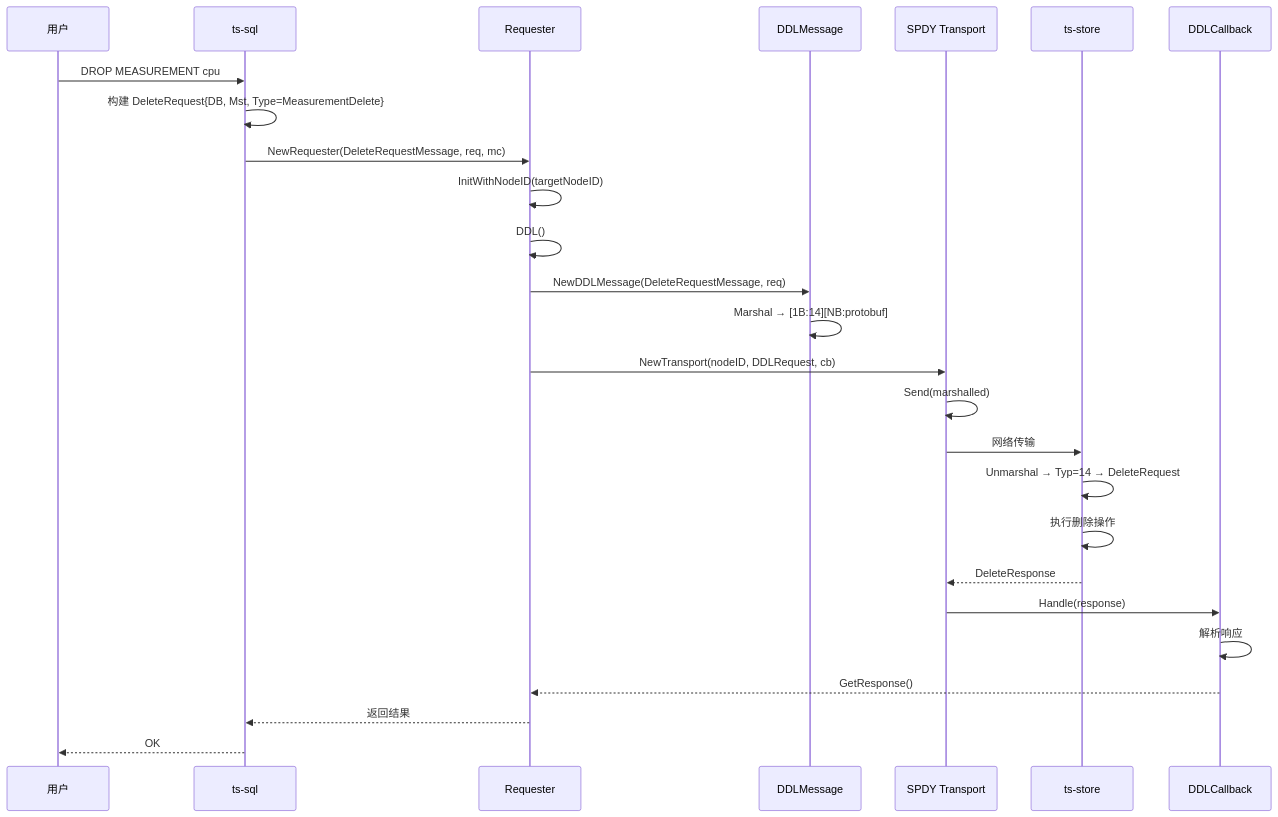
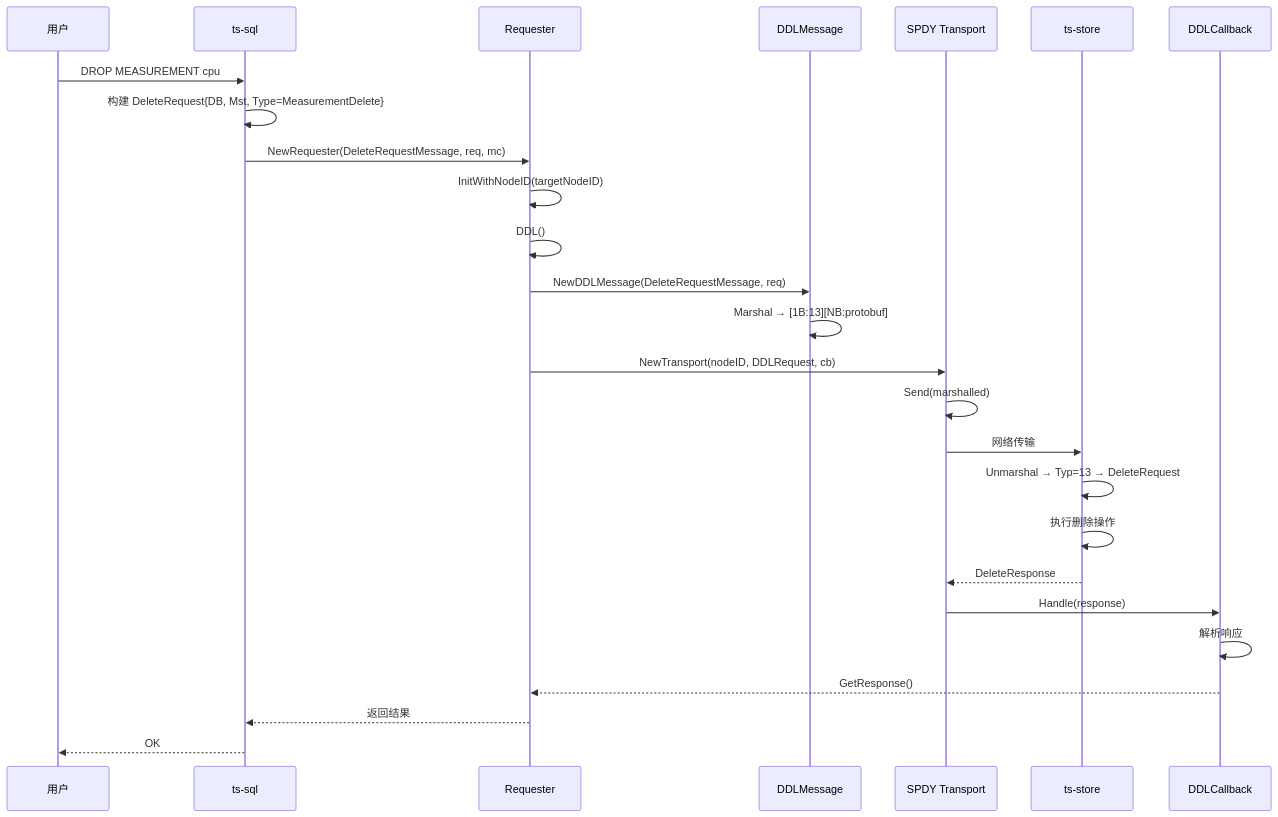
Before and after one commit to stefanv5/openGemini: the eighth of 10 diagrams in docs/specs/32_msgservice_spec.md, drawn with Mermaid. The commit also changed other lines of this file and 37 other files, not shown here.

````diff
--- a/docs/specs/32_msgservice_spec.md
+++ b/docs/specs/32_msgservice_spec.md
@@ -589,33 +619,33 @@
 ```mermaid
 sequenceDiagram
     participant User as 用户
     participant SQL as ts-sql
     participant Req as Requester
     participant DDL as DDLMessage
     participant SP as SPDY Transport
     participant Store as ts-store
     participant CB as DDLCallback
 
     User->>SQL: DROP MEASUREMENT cpu
     SQL->>SQL: 构建 DeleteRequest{DB, Mst, Type=MeasurementDelete}
     SQL->>Req: NewRequester(DeleteRequestMessage, req, mc)
     Req->>Req: InitWithNodeID(targetNodeID)
     Req->>Req: DDL()
 
     Req->>DDL: NewDDLMessage(DeleteRequestMessage, req)
-    DDL->>DDL: Marshal → [1B:14][NB:protobuf]
+    DDL->>DDL: Marshal → [1B:13][NB:protobuf]
 
     Req->>SP: NewTransport(nodeID, DDLRequest, cb)
     SP->>SP: Send(marshalled)
     SP->>Store: 网络传输
 
-    Store->>Store: Unmarshal → Typ=14 → DeleteRequest
+    Store->>Store: Unmarshal → Typ=13 → DeleteRequest
     Store->>Store: 执行删除操作
     Store-->>SP: DeleteResponse
 
     SP->>CB: Handle(response)
     CB->>CB: 解析响应
     CB-->>Req: GetResponse()
     Req-->>SQL: 返回结果
     SQL-->>User: OK
 ```
````
